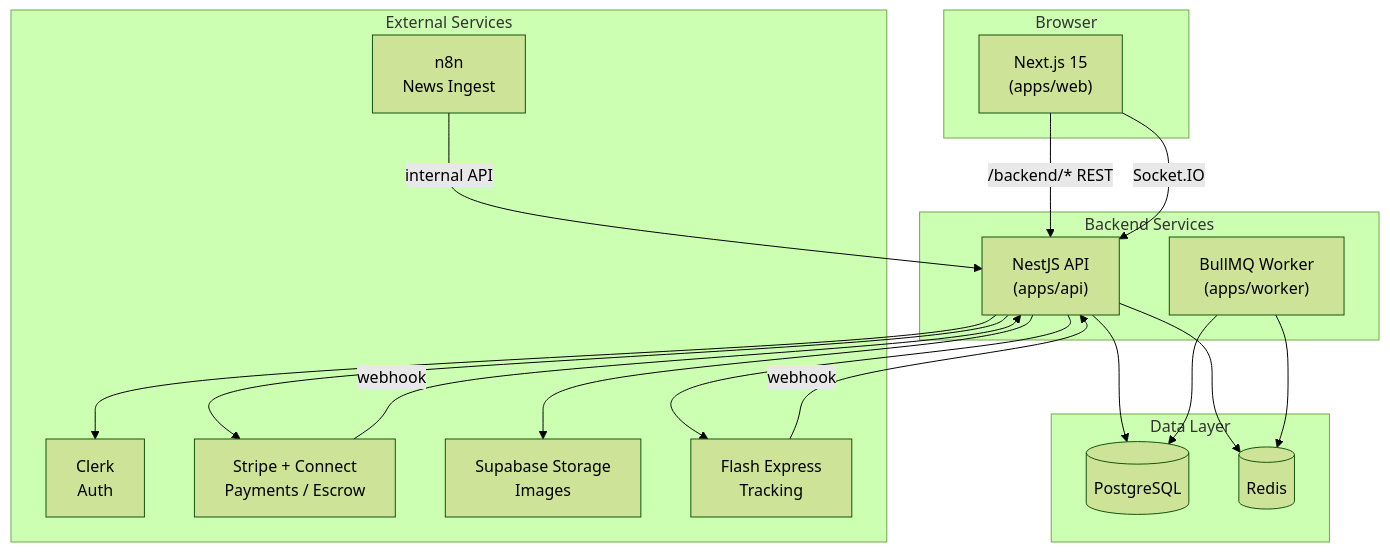
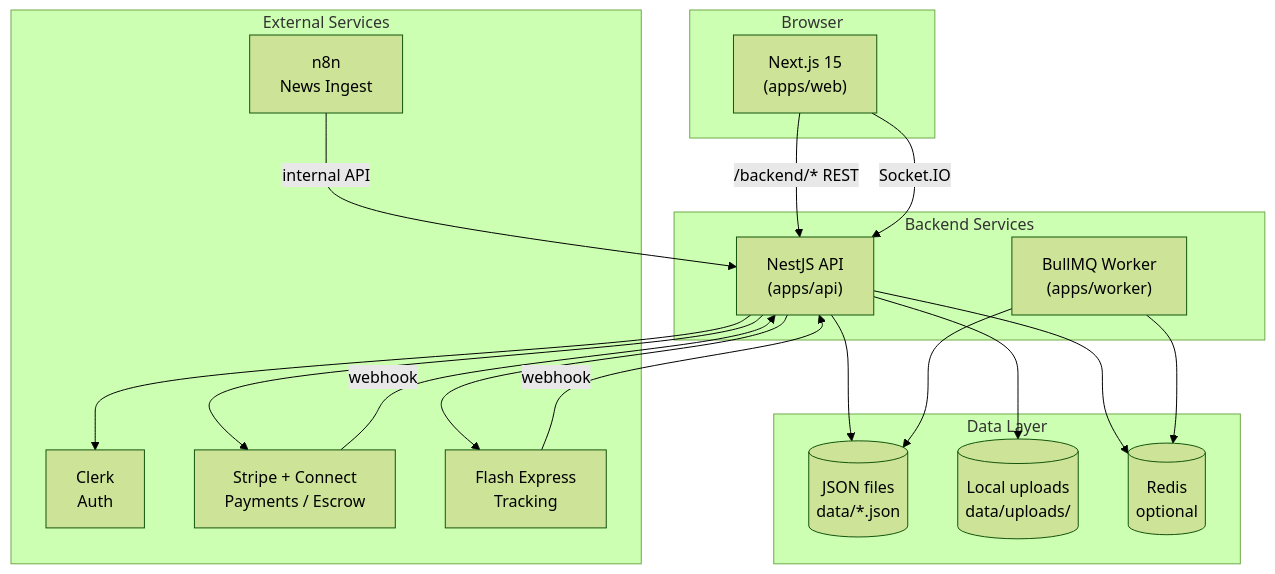
One commit to danaiwut/Card_sell_Ecommerce changed the first of 6 diagrams in README.md. Above: the diagram before and after it, drawn with Mermaid (forest theme). The commit also changed other lines of this file and 133 other files, not shown here.

Commit message:
move to local storage

````diff
--- a/README.md
+++ b/README.md
@@ -143,38 +143,38 @@
 ```mermaid
 flowchart TB
     subgraph Client["Browser"]
         WEB["Next.js 15<br/>(apps/web)"]
     end
 
     subgraph Backend["Backend Services"]
         API["NestJS API<br/>(apps/api)"]
         WORKER["BullMQ Worker<br/>(apps/worker)"]
     end
 
     subgraph Data["Data Layer"]
-        PG[("PostgreSQL")]
-        REDIS[("Redis")]
+        JSON[("JSON files<br/>data/*.json")]
+        UPLOADS[("Local uploads<br/>data/uploads/")]
+        REDIS[("Redis<br/>optional")]
     end
 
     subgraph External["External Services"]
         CLERK["Clerk<br/>Auth"]
         STRIPE["Stripe + Connect<br/>Payments / Escrow"]
-        SB["Supabase Storage<br/>Images"]
         FLASH["Flash Express<br/>Tracking"]
         N8N["n8n<br/>News Ingest"]
     end
 
     WEB -->|"/backend/* REST"| API
     WEB -->|"Socket.IO"| API
-    API --> PG
+    API --> JSON
+    API --> UPLOADS
     API --> REDIS
-    WORKER --> PG
+    WORKER --> JSON
     WORKER --> REDIS
     API --> CLERK
     API --> STRIPE
-    API --> SB
     API --> FLASH
     N8N -->|internal API| API
     STRIPE -->|webhook| API
     FLASH -->|webhook| API
 ```
````
